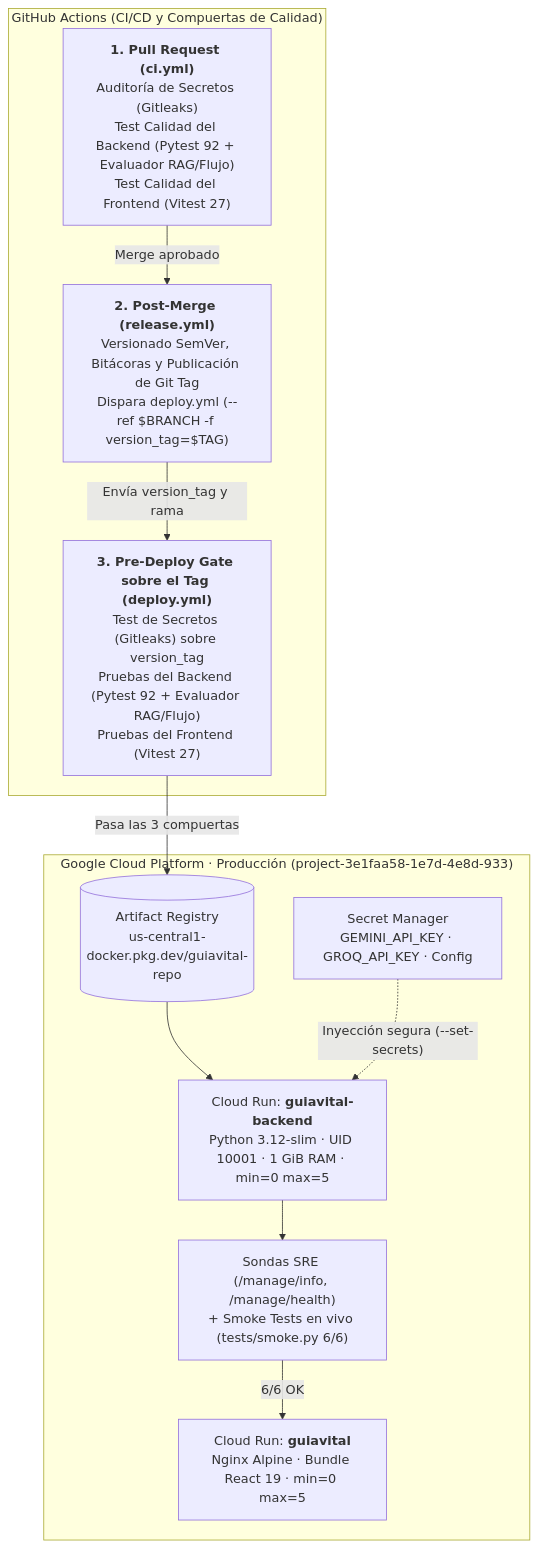
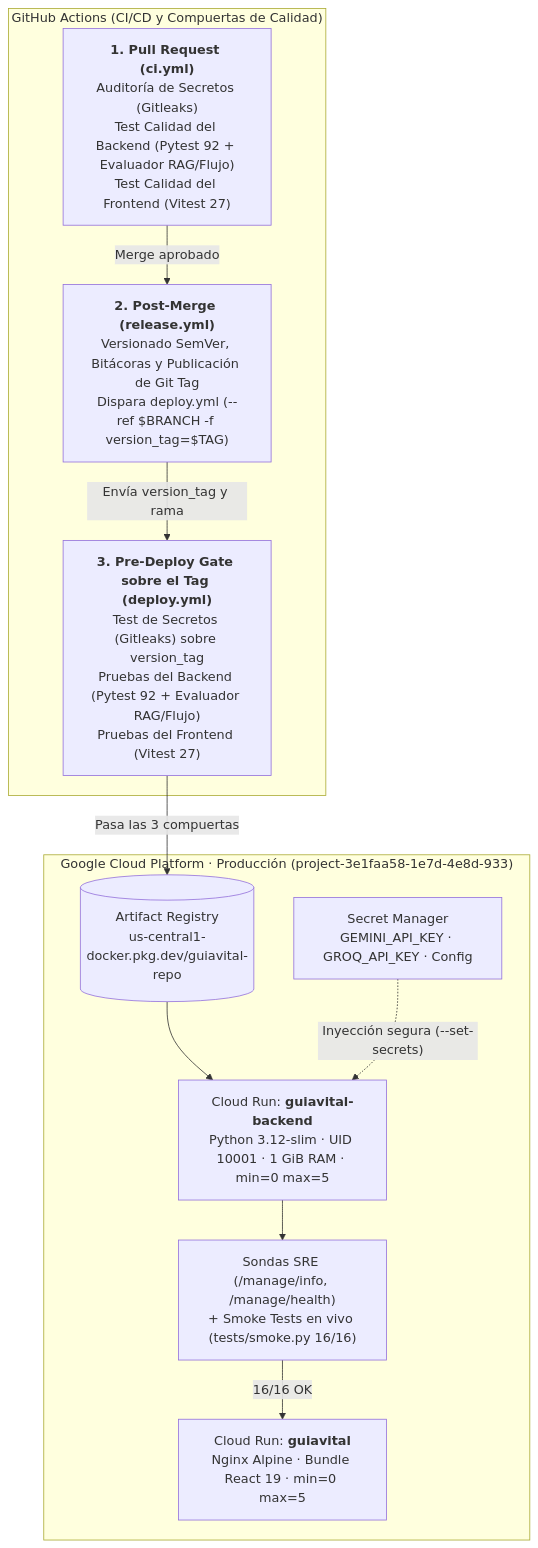
One commit to UNIPI6TO/PROY_GRADUACION_ASISTENTE_MEDICO_APP changed the third of 4 diagrams in docs/03-arquitectura.md. Above: the diagram before and after it, drawn with Mermaid. The commit also changed other lines of this file and 2 other files, not shown here.

Commit message:
docs: (eval) actualizar métricas de semana 4
Actualiza la documentación con los resultados de 16 pruebas de humo en Cloud Run y corrige las métricas de evaluación RAG, latencia y versión desplegada.

Hecho con asistencia de IA; revisado por: Wilson Salinas

````diff
--- a/docs/03-arquitectura.md
+++ b/docs/03-arquitectura.md
@@ -116,24 +116,24 @@
 ```mermaid
 flowchart TD
   subgraph GH["GitHub Actions (CI/CD y Compuertas de Calidad)"]
     CI["<b>1. Pull Request (ci.yml)</b><br/>Auditoría de Secretos (Gitleaks)<br/>Test Calidad del Backend (Pytest 92 + Evaluador RAG/Flujo)<br/>Test Calidad del Frontend (Vitest 27)"]
     REL["<b>2. Post-Merge (release.yml)</b><br/>Versionado SemVer, Bitácoras y Publicación de Git Tag<br/>Dispara deploy.yml (--ref $BRANCH -f version_tag=$TAG)"]
     DEP["<b>3. Pre-Deploy Gate sobre el Tag (deploy.yml)</b><br/>Test de Secretos (Gitleaks) sobre version_tag<br/>Pruebas del Backend (Pytest 92 + Evaluador RAG/Flujo)<br/>Pruebas del Frontend (Vitest 27)"]
   end
 
   subgraph GCP_PROD["Google Cloud Platform · Producción (project-3e1faa58-1e7d-4e8d-933)"]
     GAR[("Artifact Registry<br/>us-central1-docker.pkg.dev/guiavital-repo")]
     SM["Secret Manager<br/>GEMINI_API_KEY · GROQ_API_KEY · Config"]
     CR_BE["Cloud Run: <b>guiavital-backend</b><br/>Python 3.12-slim · UID 10001 · 1 GiB RAM · min=0 max=5"]
     CR_FE["Cloud Run: <b>guiavital</b><br/>Nginx Alpine · Bundle React 19 · min=0 max=5"]
-    SMOKE["Sondas SRE (/manage/info, /manage/health)<br/>+ Smoke Tests en vivo (tests/smoke.py 6/6)"]
+    SMOKE["Sondas SRE (/manage/info, /manage/health)<br/>+ Smoke Tests en vivo (tests/smoke.py 16/16)"]
   end
 
   CI -->|Merge aprobado| REL
   REL -->|Envía version_tag y rama| DEP
   DEP -->|Pasa las 3 compuertas| GAR
   GAR --> CR_BE
   SM -. "Inyección segura (--set-secrets)" .-> CR_BE
   CR_BE --> SMOKE
-  SMOKE -->|6/6 OK| CR_FE
+  SMOKE -->|16/16 OK| CR_FE
 ```
````
